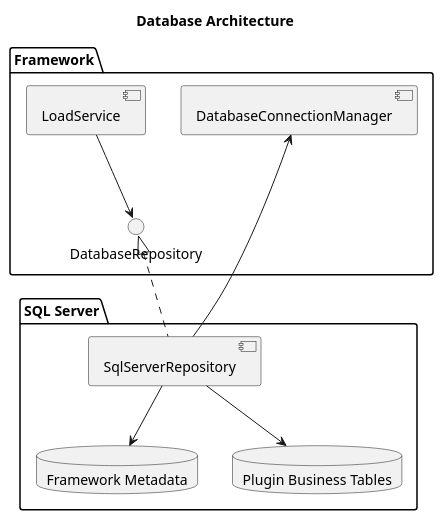
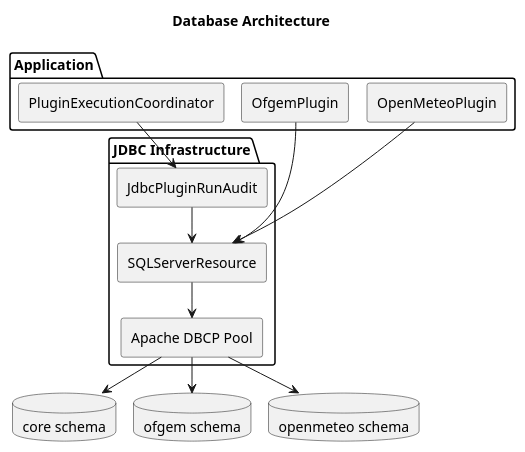
One commit to TerryCurranZellis/OpenData changed the diagram in docs/diagrams/source/database-architecture.puml. Above: the diagram before and after it, drawn with PlantUML. The commit also changed 292 other files, not shown here.

```diff
--- a/docs/diagrams/source/database-architecture.puml
+++ b/docs/diagrams/source/database-architecture.puml
@@ -1,18 +1,30 @@
 @startuml
+!pragma layout smetana
 title Database Architecture
-package Framework {
-  [LoadService]
-  interface DatabaseRepository
-  [DatabaseConnectionManager]
+skinparam componentStyle rectangle
+
+package "Application" {
+  [PluginExecutionCoordinator] as Coordinator
+  [OfgemPlugin] as Ofgem
+  [OpenMeteoPlugin] as Meteo
 }
-package "SQL Server" {
-  [SqlServerRepository]
-  database "Framework Metadata" as Meta
-  database "Plugin Business Tables" as Business
+
+package "JDBC Infrastructure" {
+  [JdbcPluginRunAudit] as Audit
+  [SQLServerResource] as Resource
+  [Apache DBCP Pool] as Pool
 }
-[LoadService] --> DatabaseRepository
-DatabaseRepository <|.. [SqlServerRepository]
-[SqlServerRepository] --> [DatabaseConnectionManager]
-[SqlServerRepository] --> Meta
-[SqlServerRepository] --> Business
+
+database "core schema" as Core
+database "ofgem schema" as OfgemSchema
+database "openmeteo schema" as MeteoSchema
+
+Coordinator --> Audit
+Ofgem --> Resource
+Meteo --> Resource
+Audit --> Resource
+Resource --> Pool
+Pool --> Core
+Pool --> OfgemSchema
+Pool --> MeteoSchema
 @enduml
```
